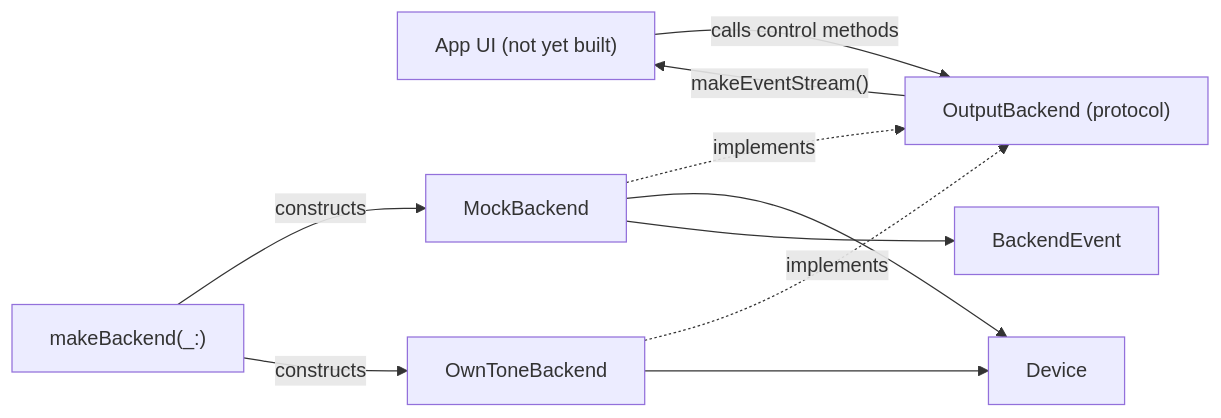
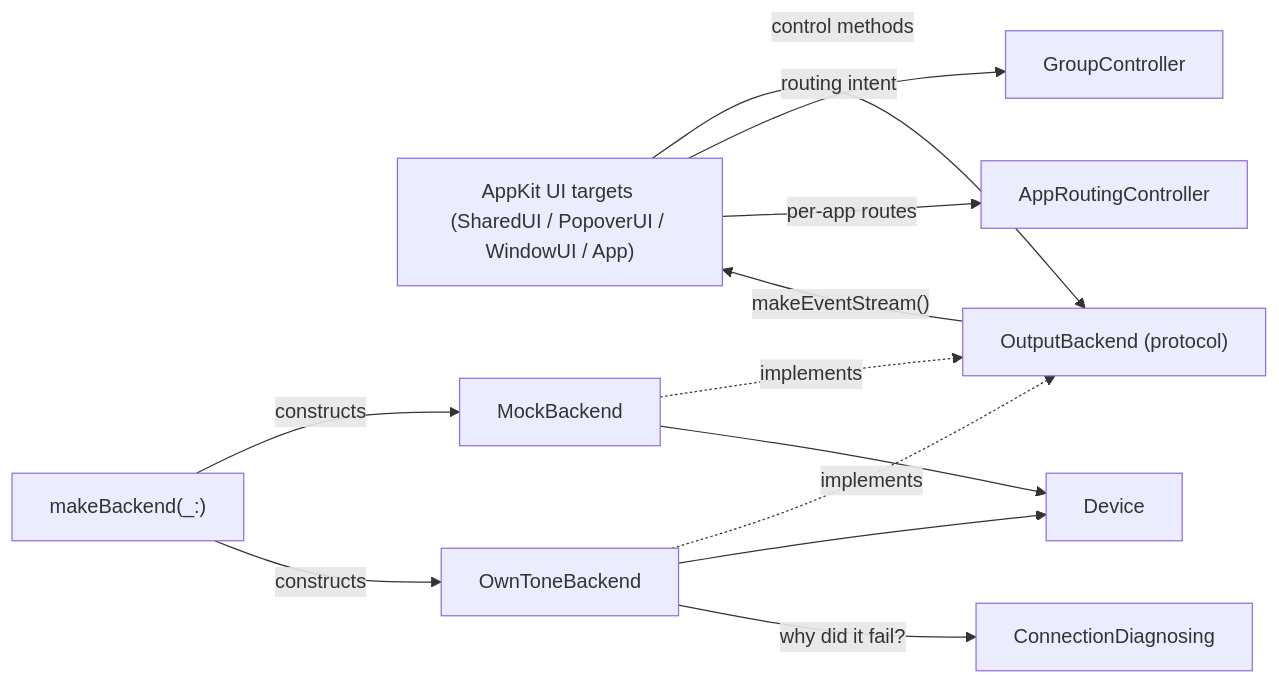
One commit to aa-hh/Audiout changed the diagram in AirPlayControllerCore/AGENTS.md. Above: the diagram before and after it, drawn with Mermaid. The commit also changed other lines of this file, not shown here.

First line of the commit message:
docs: refresh AirPlayControllerCore/AGENTS.md for the current package shape

````diff
--- a/AirPlayControllerCore/AGENTS.md
+++ b/AirPlayControllerCore/AGENTS.md
@@ -45,13 +52,15 @@
 ```mermaid
 flowchart LR
-    UI["App UI (not yet built)"] -->|calls control methods| OutputBackend
+    UI["AppKit UI targets (SharedUI / PopoverUI / WindowUI / App)"] -->|control methods| OutputBackend
     OutputBackend -->|"makeEventStream()"| UI
+    UI -->|routing intent| GroupController
+    UI -->|per-app routes| AppRoutingController
     OutputBackend["OutputBackend (protocol)"]
     MockBackend -.implements.-> OutputBackend
     OwnToneBackend -.implements.-> OutputBackend
     MockBackend --> Device
     OwnToneBackend --> Device
-    MockBackend --> BackendEvent
+    OwnToneBackend -->|"why did it fail?"| ConnectionDiagnosing
     makeBackend["makeBackend(_:)"] -->|constructs| MockBackend
     makeBackend -->|constructs| OwnToneBackend
 ```
````
